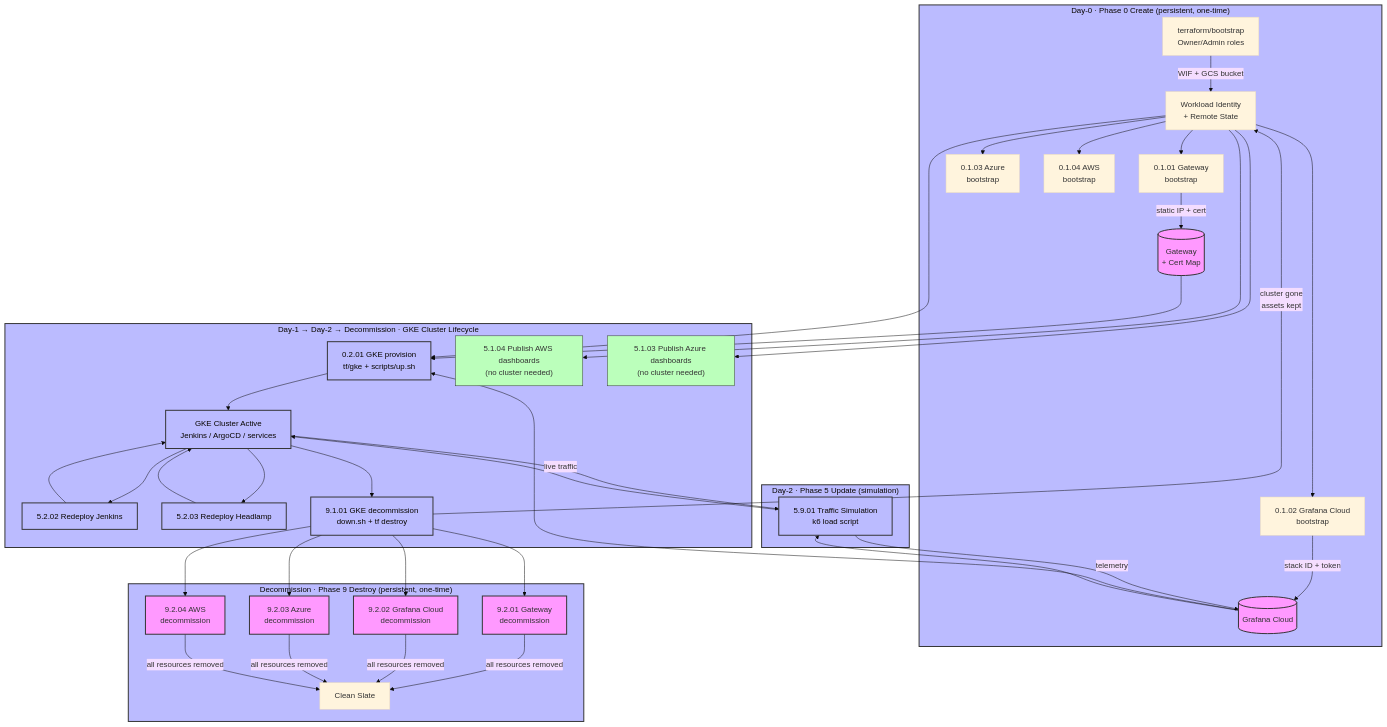
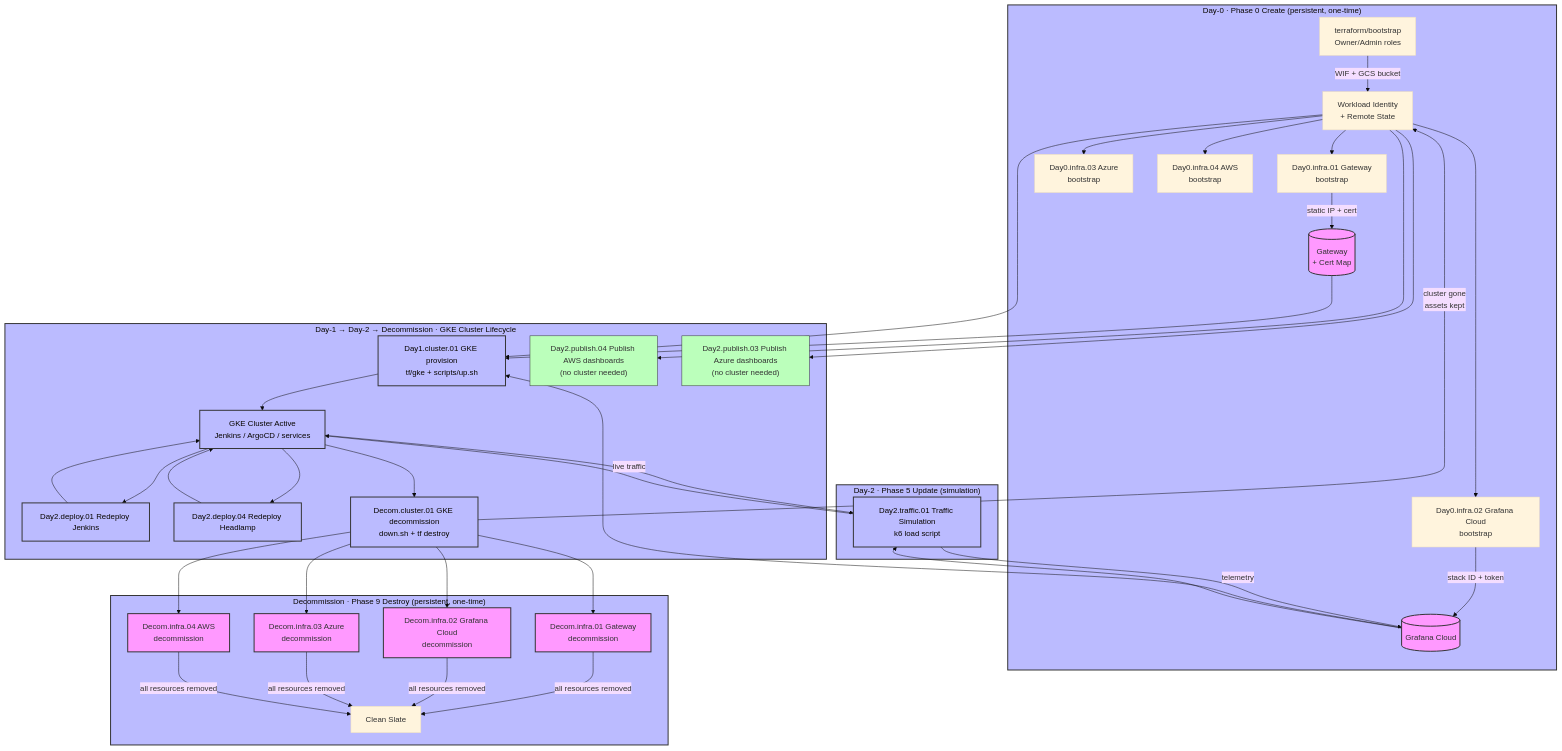
Before and after one commit to nubenetes/jenkins-2026: the diagram in docs/102-GITHUB_ACTIONS_AUTOMATION.md, drawn with Mermaid (base theme). The commit also changed other lines of this file and 30 other files, not shown here.

````diff
--- a/docs/102-GITHUB_ACTIONS_AUTOMATION.md
+++ b/docs/102-GITHUB_ACTIONS_AUTOMATION.md
@@ -43,45 +43,45 @@
 ```mermaid
 graph TD
     subgraph Bootstrapping ["Day-0 · Phase 0 Create (persistent, one-time)"]
         A["terraform/bootstrap<br>Owner/Admin roles"] -->|"WIF + GCS bucket"| B["Workload Identity<br>+ Remote State"]
-        B --> C["0.1.01 Gateway<br>bootstrap"]
-        B --> D["0.1.02 Grafana Cloud<br>bootstrap"]
-        B --> C2["0.1.03 Azure<br>bootstrap"]
-        B --> C3["0.1.04 AWS<br>bootstrap"]
+        B --> C["Day0.infra.01 Gateway<br>bootstrap"]
+        B --> D["Day0.infra.02 Grafana Cloud<br>bootstrap"]
+        B --> C2["Day0.infra.03 Azure<br>bootstrap"]
+        B --> C3["Day0.infra.04 AWS<br>bootstrap"]
         C -->|"static IP + cert"| F[("Gateway<br>+ Cert Map")]
         D -->|"stack ID + token"| E[("Grafana Cloud")]
     end
 
     subgraph GKE_Lifecycle ["Day-1 → Day-2 → Decommission · GKE Cluster Lifecycle"]
-        F & E & B --> G["0.2.01 GKE provision<br>tf/gke + scripts/up.sh"]
+        F & E & B --> G["Day1.cluster.01 GKE provision<br>tf/gke + scripts/up.sh"]
         G --> H["GKE Cluster Active<br>Jenkins / ArgoCD / services"]
-        H --> I["5.2.02 Redeploy Jenkins"]
-        H --> J["5.2.03 Redeploy Headlamp"]
-        B --> L2["5.1.04 Publish AWS dashboards<br>(no cluster needed)"]
-        B --> M2["5.1.03 Publish Azure dashboards<br>(no cluster needed)"]
+        H --> I["Day2.deploy.01 Redeploy Jenkins"]
+        H --> J["Day2.deploy.04 Redeploy Headlamp"]
+        B --> L2["Day2.publish.04 Publish AWS dashboards<br>(no cluster needed)"]
+        B --> M2["Day2.publish.03 Publish Azure dashboards<br>(no cluster needed)"]
         I & J --> H
-        H --> K["9.1.01 GKE decommission<br>down.sh + tf destroy"]
+        H --> K["Decom.cluster.01 GKE decommission<br>down.sh + tf destroy"]
         K -->|"cluster gone<br>assets kept"| B
     end
 
     subgraph Simulation ["Day-2 · Phase 5 Update (simulation)"]
-        H & E --> O["5.9.01 Traffic Simulation<br>k6 load script"]
+        H & E --> O["Day2.traffic.01 Traffic Simulation<br>k6 load script"]
         O -->|"live traffic"| H
         O -->|"telemetry"| E
     end
 
     subgraph Persistent_Teardown ["Decommission · Phase 9 Destroy (persistent, one-time)"]
-        K --> P1["9.2.01 Gateway<br>decommission"]
-        K --> P2["9.2.02 Grafana Cloud<br>decommission"]
-        K --> P3["9.2.03 Azure<br>decommission"]
-        K --> P4["9.2.04 AWS<br>decommission"]
+        K --> P1["Decom.infra.01 Gateway<br>decommission"]
+        K --> P2["Decom.infra.02 Grafana Cloud<br>decommission"]
+        K --> P3["Decom.infra.03 Azure<br>decommission"]
+        K --> P4["Decom.infra.04 AWS<br>decommission"]
         P1 & P2 & P3 & P4 -->|"all resources removed"| N["Clean Slate"]
     end
 
     classDef persistent fill:#f9f,stroke:#333,stroke-width:2px;
     classDef cluster fill:#bbf,stroke:#333,stroke-width:2px;
     classDef update fill:#bfb,stroke:#333,stroke-width:1px;
     class E,F,P1,P2,P3,P4 persistent;
     class G,H,I,J,K,O cluster;
     class L2,M2 update;
 ```
````
